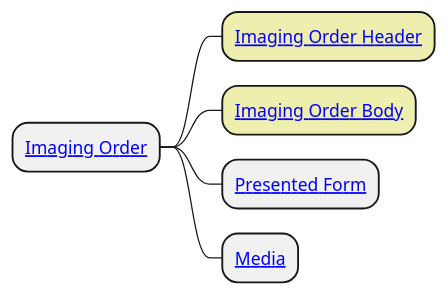
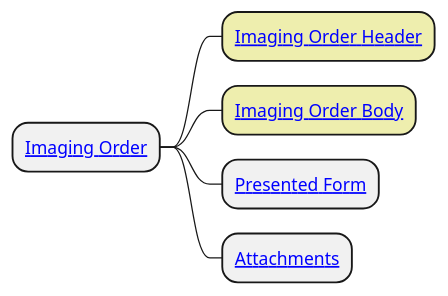
Before and after one commit to HL7-cz/img-order: the diagram in input/images-source/imgOrder_CIM.plantuml, drawn with PlantUML. The commit also changed 10 other files, not shown here.

```diff
--- a/input/images-source/imgOrder_CIM.plantuml
+++ b/input/images-source/imgOrder_CIM.plantuml
@@ -1,27 +1,27 @@
 @startmindmap
 skinparam topurl StructureDefinition-
 
 * [[ImagingOrderCz.html Imaging Order]]
 **[#EEEEAE] [[HeaderImagingOrder.html Imaging Order Header]]
 **[#EEEEAE] [[BodyImageOrderCz.html Imaging Order Body]]
 ** [[PresentedFormCz.html Presented Form]]
-** [[MediaCz.html Media]]
+** [[AttachmentsCz.html Attachments]]
 
 /'
 ** [[health-insurance-cz.html Health Insurance Provider]]
 ** [[serviceRequestCz.html Imaging Order Service Request]]
 ***_ Order identifier
 ***_ Status of a service order.
 ***_ Kind of service request.
 *** [[CoverageCz.html Associated insurance coverage]]
 *** [[specimenCz.html Sample for analysis]]
 ****_ External Identifier
 ****_ Status
 ****_ Type
 ****_ Subject
 ****_ Received Time (DateTime)
 ****_ Collection
 ****_ Processing
 ****_ Container
 '/
 @endmindmap
```
